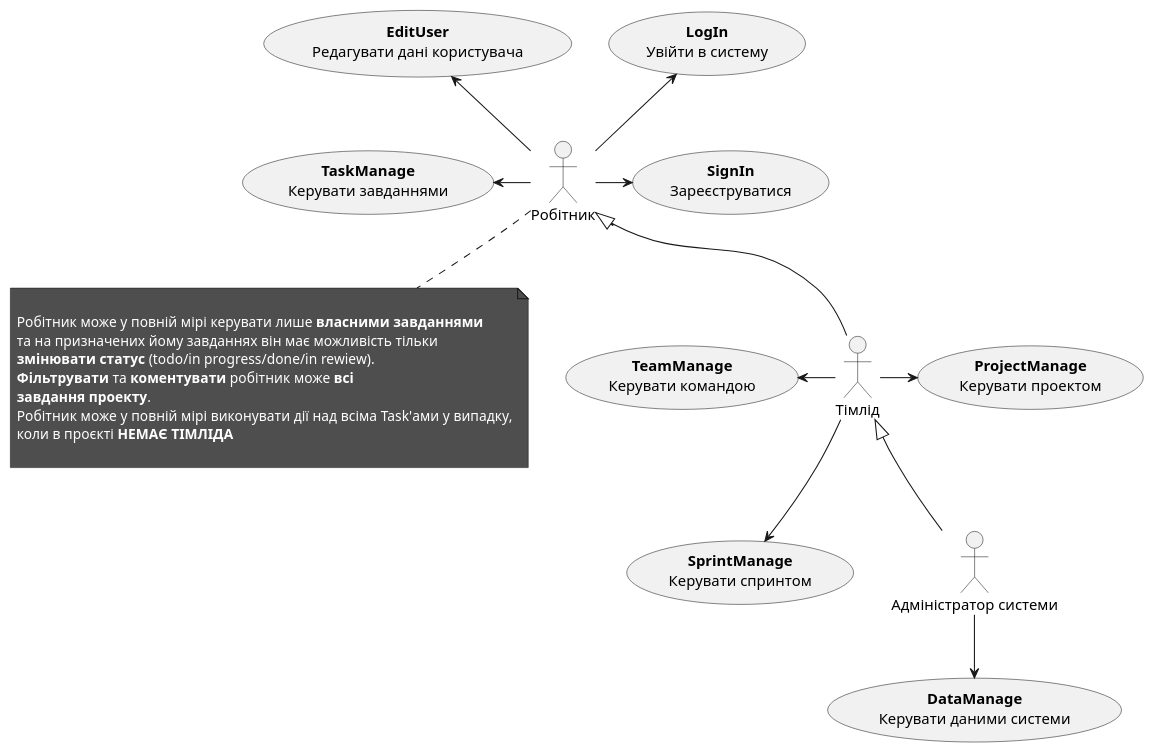
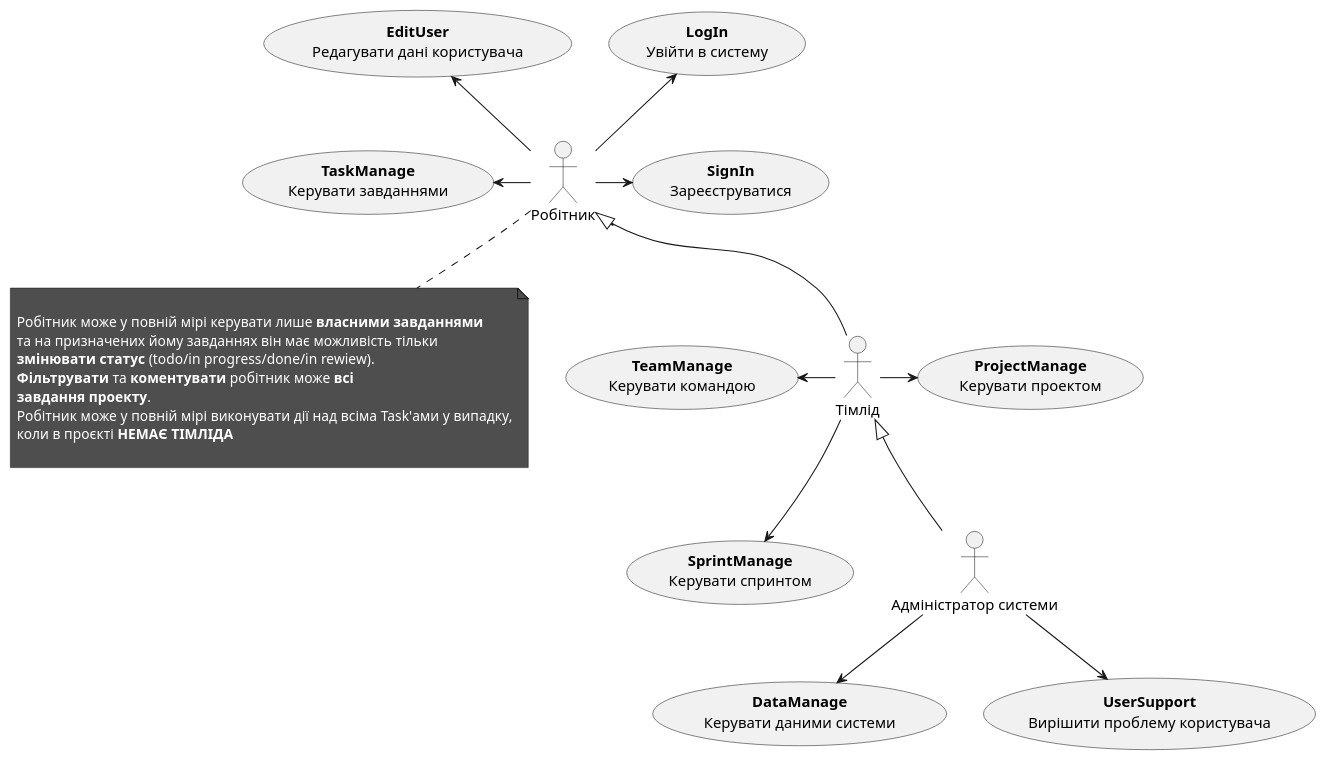
One commit to witchkaa/databases-course-work changed the first of 4 diagrams in docs/use cases/README.md. Above: the diagram before and after it, drawn with PlantUML.

Commit message:
Refactor general uml diagram

```diff
--- a/docs/use cases/README.md
+++ b/docs/use cases/README.md
@@ -13,53 +13,55 @@
 @startuml
 
     skinparam noteFontColor white
 
     actor "Робітник" as Collaborator
 
 
     usecase "<b>SignIn</b>\nЗареєструватися" as SignIn
     usecase "<b>LogIn</b>\nУвійти в систему" as LogIn
     usecase "<b>TaskManage</b>\nКерувати завданнями" as TaskManage
     usecase "<b>EditUser</b>\nРедагувати дані користувача" as EditUser
 
 
     Collaborator -r-> SignIn
     Collaborator -u-> LogIn
     Collaborator -l-> TaskManage
     Collaborator -u-> EditUser
 
 
 
 
     note bottom of Collaborator  #4e4e4e
 
        Робітник може у повній мірі керувати лише <b>власними завданнями</b>
        та на призначених йому завданнях він має можливість тільки
        <b>змінювати статус</b> (todo/in progress/done/in rewiew).
        <b>Фільтрувати</b> та <b>коментувати</b> робітник може <b>всі</b>
        <b>завдання проекту</b>.
        Робітник може у повній мірі виконувати дії над всіма Task'ами у випадку,
        коли в проєкті <b>НЕМАЄ ТІМЛІДА</b>
 
     end note
 
-actor "Тімлід" as Teamlead
+    actor "Тімлід" as Teamlead
 
     usecase "<b>ProjectManage</b>\nКерувати проектом" as ProjectManage
     usecase "<b>SprintManage</b>\nКерувати спринтом" as SprintManage
     usecase "<b>TeamManage</b>\nКерувати командою" as TeamManage
 
 
     Teamlead -> ProjectManage
     Teamlead -d-> SprintManage
     Teamlead -l-> TeamManage
     Teamlead -u-|> Collaborator
 
     actor "Адміністратор системи" as Admin
 
     usecase "<b>DataManage</b>\nКерувати даними системи" as DataManage
+    usecase "<b>UserSupport</b>\nВирішити проблему користувача" as UserSupport
 
     Admin --> DataManage
+    Admin --> UserSupport
     Admin -u-|> Teamlead
 
 @enduml
```
